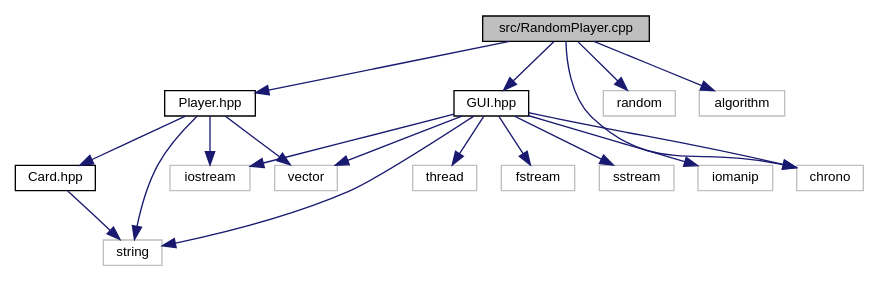
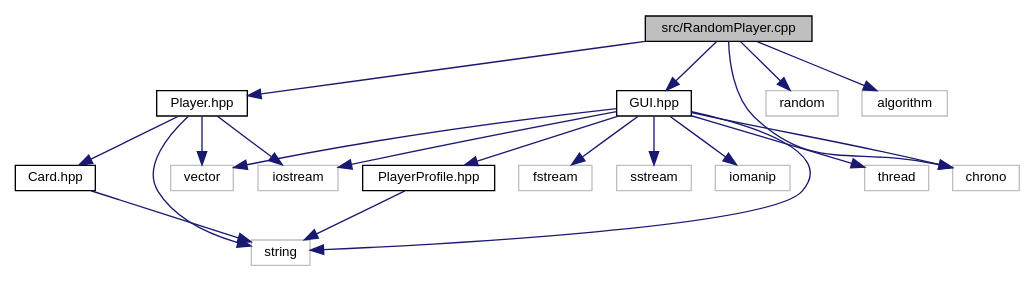
One commit to jesstyrrell/cosc345 changed the diagram in _random_player_8cpp__incl.dot. Above: the diagram before and after it, drawn with Graphviz. The commit also changed 229 other files, not shown here.

```diff
--- a/_random_player_8cpp__incl.dot
+++ b/_random_player_8cpp__incl.dot
@@ -1,39 +1,42 @@
 digraph "src/RandomPlayer.cpp"
 {
  // INTERACTIVE_SVG=YES
  // LATEX_PDF_SIZE
   edge [fontname="Helvetica",fontsize="10",labelfontname="Helvetica",labelfontsize="10"];
   node [fontname="Helvetica",fontsize="10",shape=record];
   Node1 [label="src/RandomPlayer.cpp",height=0.2,width=0.4,color="black", fillcolor="grey75", style="filled", fontcolor="black",tooltip=" "];
   Node1 -> Node2 [color="midnightblue",fontsize="10",style="solid",fontname="Helvetica"];
   Node2 [label="Player.hpp",height=0.2,width=0.4,color="black", fillcolor="white", style="filled",URL="$_player_8hpp.html",tooltip=" "];
   Node2 -> Node3 [color="midnightblue",fontsize="10",style="solid",fontname="Helvetica"];
   Node3 [label="iostream",height=0.2,width=0.4,color="grey75", fillcolor="white", style="filled",tooltip=" "];
   Node2 -> Node4 [color="midnightblue",fontsize="10",style="solid",fontname="Helvetica"];
   Node4 [label="vector",height=0.2,width=0.4,color="grey75", fillcolor="white", style="filled",tooltip=" "];
   Node2 -> Node5 [color="midnightblue",fontsize="10",style="solid",fontname="Helvetica"];
   Node5 [label="string",height=0.2,width=0.4,color="grey75", fillcolor="white", style="filled",tooltip=" "];
   Node2 -> Node6 [color="midnightblue",fontsize="10",style="solid",fontname="Helvetica"];
   Node6 [label="Card.hpp",height=0.2,width=0.4,color="black", fillcolor="white", style="filled",URL="$_card_8hpp.html",tooltip=" "];
   Node6 -> Node5 [color="midnightblue",fontsize="10",style="solid",fontname="Helvetica"];
   Node1 -> Node7 [color="midnightblue",fontsize="10",style="solid",fontname="Helvetica"];
   Node7 [label="GUI.hpp",height=0.2,width=0.4,color="black", fillcolor="white", style="filled",URL="$_g_u_i_8hpp.html",tooltip=" "];
   Node7 -> Node3 [color="midnightblue",fontsize="10",style="solid",fontname="Helvetica"];
   Node7 -> Node5 [color="midnightblue",fontsize="10",style="solid",fontname="Helvetica"];
   Node7 -> Node4 [color="midnightblue",fontsize="10",style="solid",fontname="Helvetica"];
   Node7 -> Node8 [color="midnightblue",fontsize="10",style="solid",fontname="Helvetica"];
   Node8 [label="thread",height=0.2,width=0.4,color="grey75", fillcolor="white", style="filled",tooltip=" "];
   Node7 -> Node9 [color="midnightblue",fontsize="10",style="solid",fontname="Helvetica"];
   Node9 [label="fstream",height=0.2,width=0.4,color="grey75", fillcolor="white", style="filled",tooltip=" "];
   Node7 -> Node10 [color="midnightblue",fontsize="10",style="solid",fontname="Helvetica"];
   Node10 [label="sstream",height=0.2,width=0.4,color="grey75", fillcolor="white", style="filled",tooltip=" "];
   Node7 -> Node11 [color="midnightblue",fontsize="10",style="solid",fontname="Helvetica"];
   Node11 [label="chrono",height=0.2,width=0.4,color="grey75", fillcolor="white", style="filled",tooltip=" "];
   Node7 -> Node12 [color="midnightblue",fontsize="10",style="solid",fontname="Helvetica"];
   Node12 [label="iomanip",height=0.2,width=0.4,color="grey75", fillcolor="white", style="filled",tooltip=" "];
-  Node1 -> Node13 [color="midnightblue",fontsize="10",style="solid",fontname="Helvetica"];
-  Node13 [label="random",height=0.2,width=0.4,color="grey75", fillcolor="white", style="filled",tooltip=" "];
+  Node7 -> Node13 [color="midnightblue",fontsize="10",style="solid",fontname="Helvetica"];
+  Node13 [label="PlayerProfile.hpp",height=0.2,width=0.4,color="black", fillcolor="white", style="filled",URL="$_player_profile_8hpp.html",tooltip=" "];
+  Node13 -> Node5 [color="midnightblue",fontsize="10",style="solid",fontname="Helvetica"];
+  Node1 -> Node14 [color="midnightblue",fontsize="10",style="solid",fontname="Helvetica"];
+  Node14 [label="random",height=0.2,width=0.4,color="grey75", fillcolor="white", style="filled",tooltip=" "];
   Node1 -> Node11 [color="midnightblue",fontsize="10",style="solid",fontname="Helvetica"];
-  Node1 -> Node14 [color="midnightblue",fontsize="10",style="solid",fontname="Helvetica"];
-  Node14 [label="algorithm",height=0.2,width=0.4,color="grey75", fillcolor="white", style="filled",tooltip=" "];
+  Node1 -> Node15 [color="midnightblue",fontsize="10",style="solid",fontname="Helvetica"];
+  Node15 [label="algorithm",height=0.2,width=0.4,color="grey75", fillcolor="white", style="filled",tooltip=" "];
 }
```
